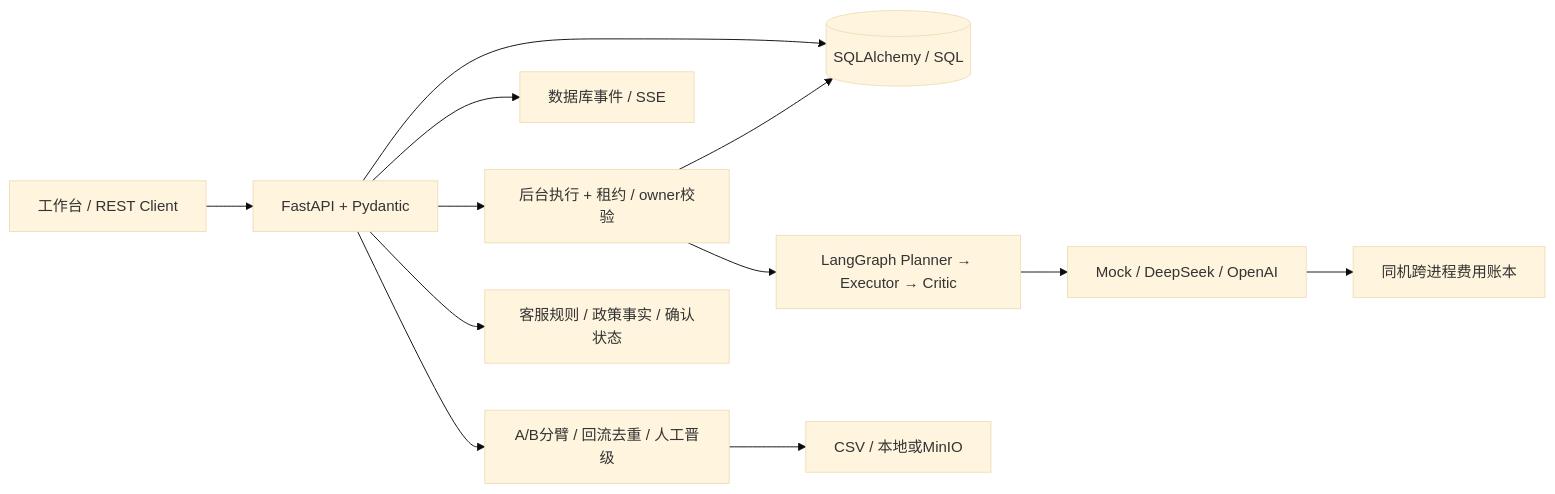
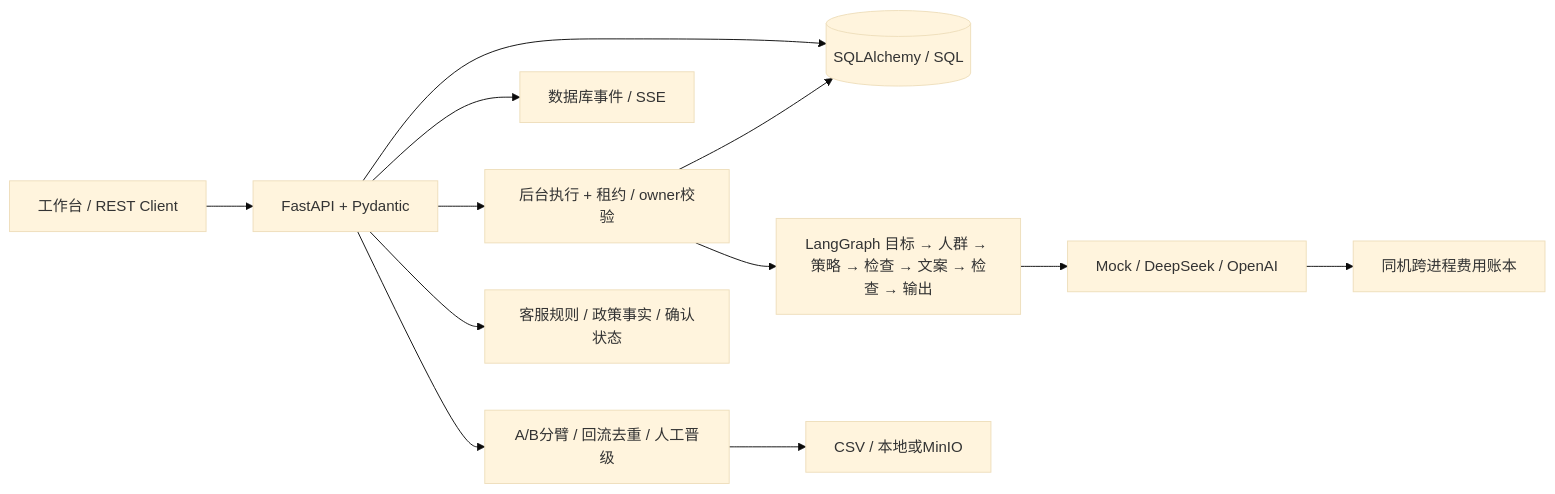
Before and after one commit to dellya-zhang/FlowPilot: the second of 2 diagrams in README.md, drawn with Mermaid (base theme). The commit also changed other lines of this file and 27 other files, not shown here.

````diff
--- a/README.md
+++ b/README.md
@@ -162,14 +168,14 @@
 ```mermaid
 flowchart LR
     UI[工作台 / REST Client] --> API[FastAPI + Pydantic]
     API --> SQL[(SQLAlchemy / SQL)]
     API --> Runner[后台执行 + 租约 / owner校验]
-    Runner --> Graph[LangGraph Planner → Executor → Critic]
+    Runner --> Graph[LangGraph 目标 → 人群 → 策略 → 检查 → 文案 → 检查 → 输出]
     Graph --> Provider[Mock / DeepSeek / OpenAI]
     Provider --> Budget[同机跨进程费用账本]
     Runner --> SQL
     API --> Events[数据库事件 / SSE]
     API --> Experiment[A/B分臂 / 回流去重 / 人工晋级]
     Experiment --> Store[CSV / 本地或MinIO]
     API --> Support[客服规则 / 政策事实 / 确认状态]
 ```
````
